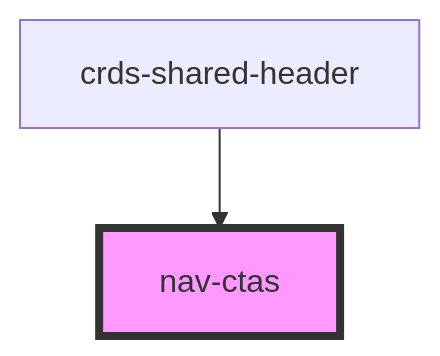
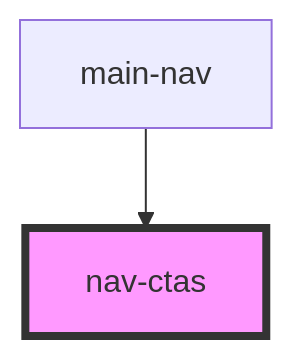
Before and after one commit to dholloran-ample/visual-regression-testing-IP: the diagram in src/components/crds-shared-header/nav-ctas/readme.md, drawn with Mermaid. The commit also changed other lines of this file and 3 other files, not shown here.

````diff
--- a/src/components/crds-shared-header/nav-ctas/readme.md
+++ b/src/components/crds-shared-header/nav-ctas/readme.md
@@ -24,5 +22,5 @@
 ```mermaid
 graph TD;
-  crds-shared-header --> nav-ctas
+  main-nav --> nav-ctas
   style nav-ctas fill:#f9f,stroke:#333,stroke-width:4px
 ```
````
